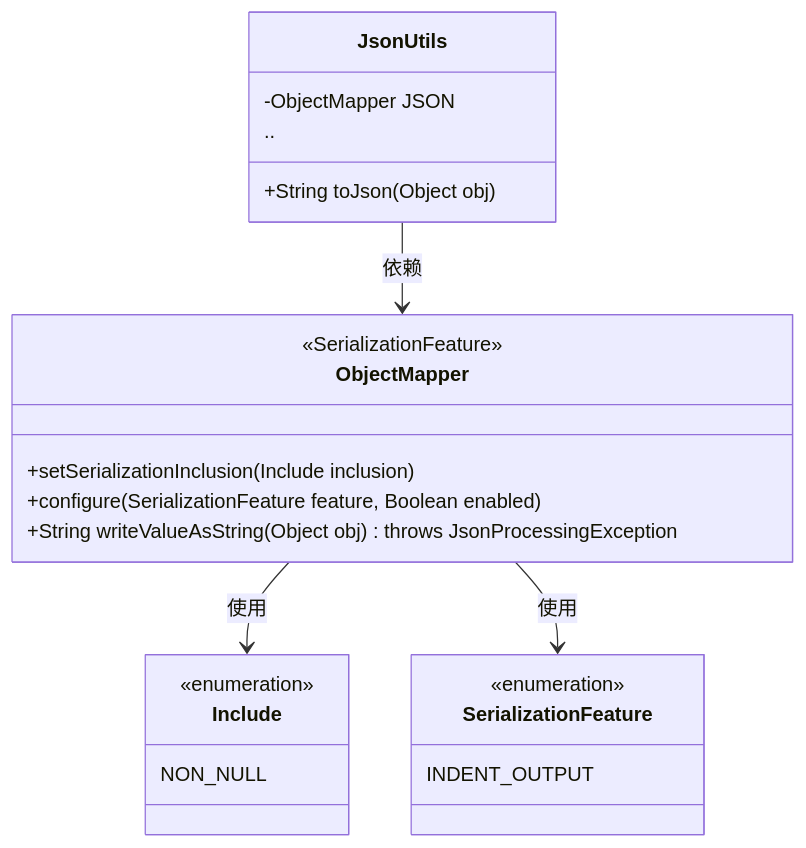
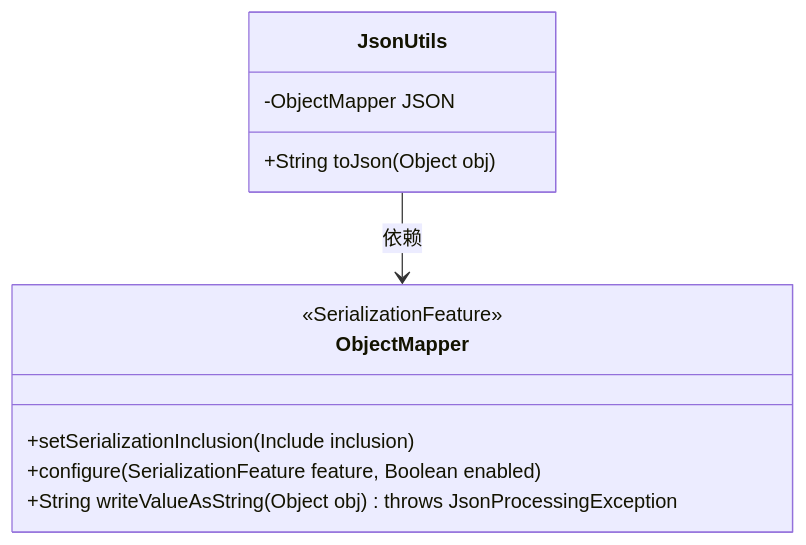
Before and after one commit to v-wjrong/rongwj666_weixin-java-miniapp-demo: the first of 2 diagrams in docs/zh/docs/src/main/java/com/github/binarywang/demo/wx/miniapp/utils/JsonUtils.md, drawn with Mermaid. The commit also changed other lines of this file and 49 other files, not shown here.

````diff
--- a/docs/zh/docs/src/main/java/com/github/binarywang/demo/wx/miniapp/utils/JsonUtils.md
+++ b/docs/zh/docs/src/main/java/com/github/binarywang/demo/wx/miniapp/utils/JsonUtils.md
@@ -36,25 +36,16 @@
 ```mermaid
 classDiagram
     class JsonUtils {
         -ObjectMapper JSON
-        ..
         +String toJson(Object obj)
     }
+
     class ObjectMapper {
         <<SerializationFeature>>
         +setSerializationInclusion(Include inclusion)
         +configure(SerializationFeature feature, Boolean enabled)
         +String writeValueAsString(Object obj) throws JsonProcessingException
     }
-    class Include {
-        <<enumeration>>
-        NON_NULL
-    }
-    class SerializationFeature {
-        <<enumeration>>
-        INDENT_OUTPUT
-    }
+
     JsonUtils --> ObjectMapper : 依赖
-    ObjectMapper --> Include : 使用
-    ObjectMapper --> SerializationFeature : 使用
 ```
````
